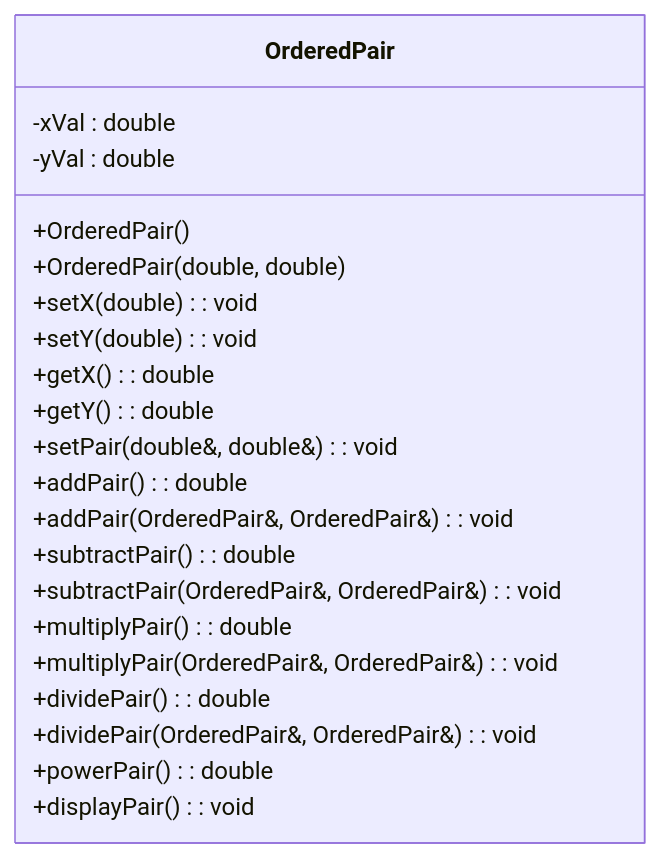
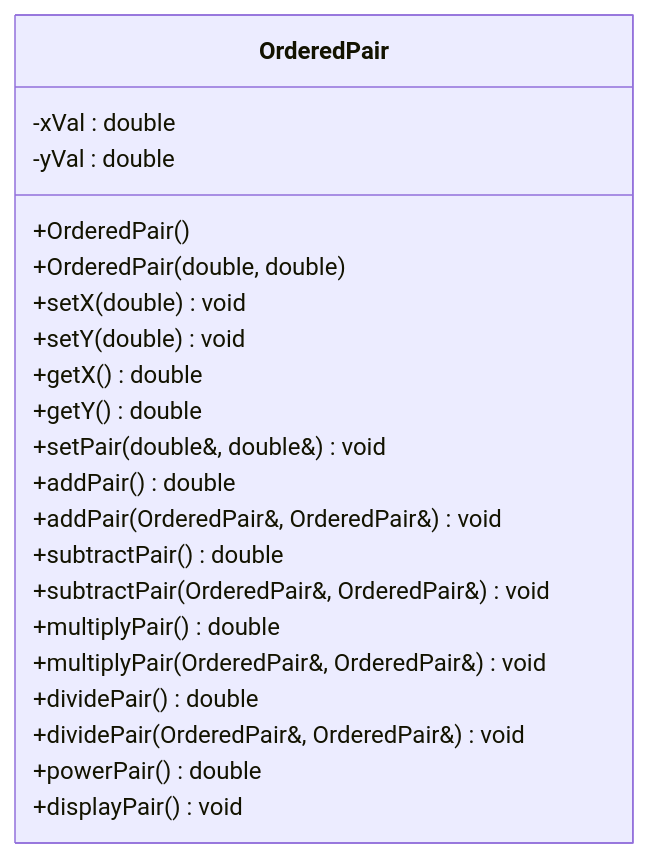
The diagram in Lab04/README.md (heimsothe/Spring-2024-OOP-Cpp-Labs), drawn with Mermaid before and after one commit.

Commit message:
[Lab04] Update README.md

````diff
--- a/Lab04/README.md
+++ b/Lab04/README.md
@@ -105,31 +105,31 @@
 ```mermaid
 %%{
   init: {
     'themeVariables': {
       'fontFamily': 'monospace'
     }
   }
 }%%
 classDiagram
     class OrderedPair {
       -xVal : double
       -yVal : double
       +OrderedPair()
       +OrderedPair(double, double)
-      +setX(double) : void
-      +setY(double) : void
-      +getX() : double
-      +getY() : double
-      +setPair(double&, double&) : void
-      +addPair() : double
-      +addPair(OrderedPair&, OrderedPair&) : void
-      +subtractPair() : double
-      +subtractPair(OrderedPair&, OrderedPair&) : void
-      +multiplyPair() : double
-      +multiplyPair(OrderedPair&, OrderedPair&) : void
-      +dividePair() : double
-      +dividePair(OrderedPair&, OrderedPair&) : void
-      +powerPair() : double
-      +displayPair() : void
+      +setX(double) void
+      +setY(double) void
+      +getX() double
+      +getY() double
+      +setPair(double&, double&) void
+      +addPair() double
+      +addPair(OrderedPair&, OrderedPair&) void
+      +subtractPair() double
+      +subtractPair(OrderedPair&, OrderedPair&) void
+      +multiplyPair() double
+      +multiplyPair(OrderedPair&, OrderedPair&) void
+      +dividePair() double
+      +dividePair(OrderedPair&, OrderedPair&) void
+      +powerPair() double
+      +displayPair() void
     }
 ```
````
